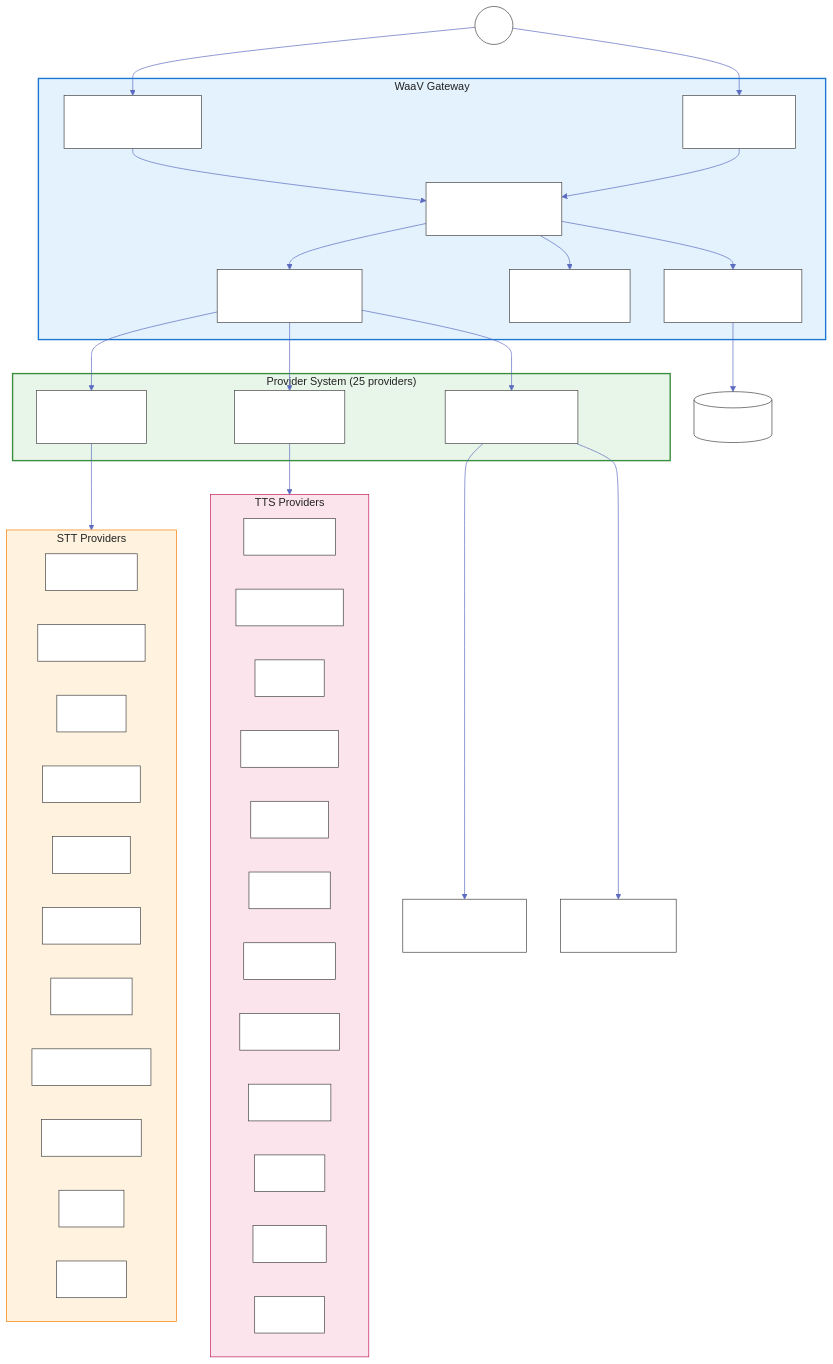
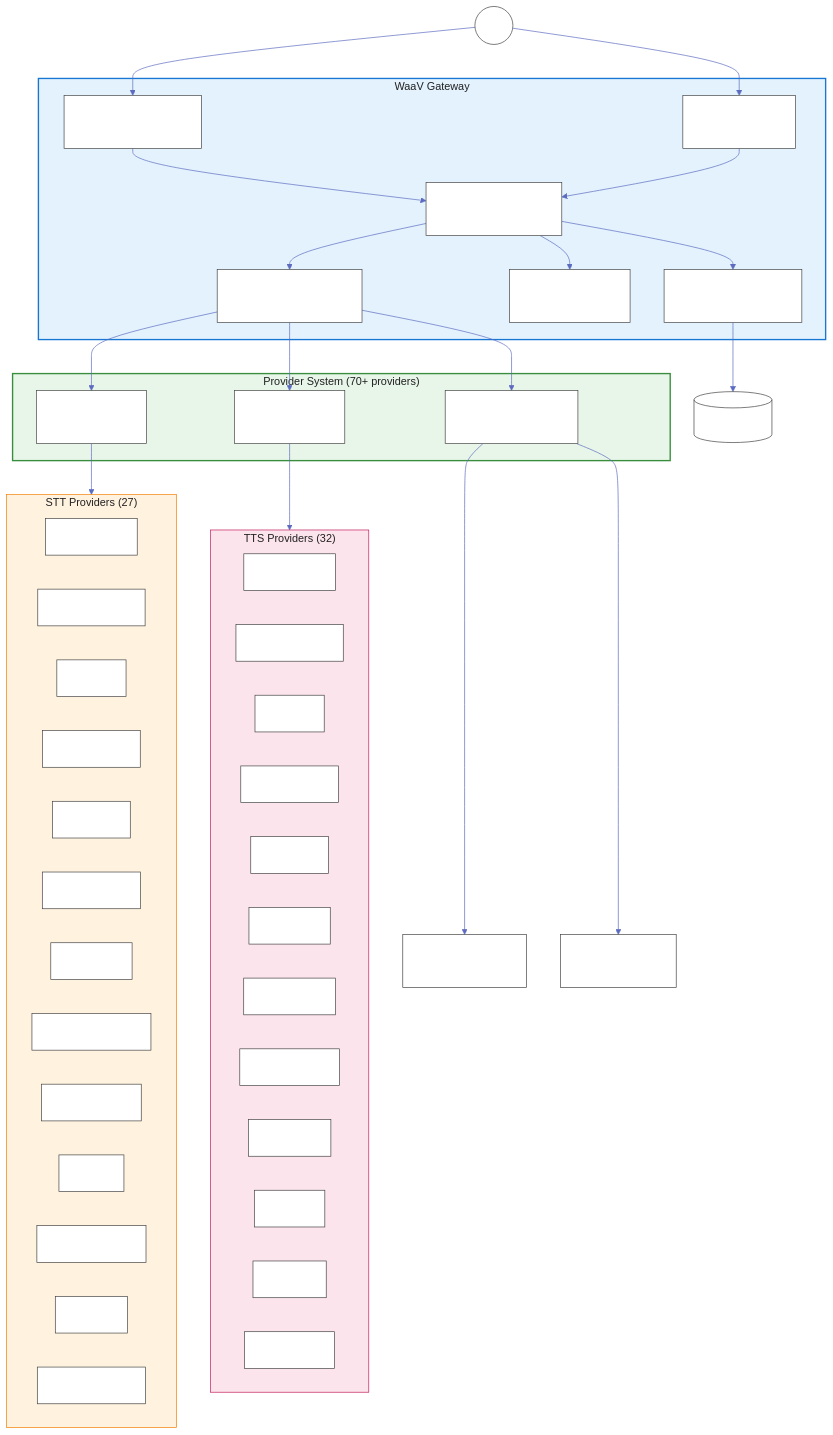
The second of 5 diagrams in gateway/README.md (BudEcosystem/WaaV), drawn with Mermaid before and after one commit. The commit also changed other lines of this file and 2 other files, not shown here.

First line of the commit message:
docs: Add comprehensive supported providers documentation (70+ providers)

````diff
--- a/gateway/README.md
+++ b/gateway/README.md
@@ -266,68 +268,70 @@
 ```mermaid
 %%{init: {'theme': 'base', 'themeVariables': { 'primaryColor': '#4a90d9', 'primaryTextColor': '#ffffff', 'primaryBorderColor': '#2c5aa0', 'lineColor': '#5c6bc0', 'secondaryColor': '#81c784', 'tertiaryColor': '#fff3e0', 'background': '#fafafa', 'mainBkg': '#ffffff', 'nodeBorder': '#424242', 'clusterBkg': '#f5f5f5', 'clusterBorder': '#bdbdbd', 'titleColor': '#212121'}}}%%
 graph TB
     subgraph Gateway["WaaV Gateway"]
         WS["WebSocket Handler<br/>/ws endpoint"]
         REST["REST API<br/>/speak, /voices"]
         REG["Plugin Registry<br/>O(1) Provider Lookup"]
         VM["VoiceManager<br/>Central Coordinator"]
         NF["DeepFilterNet<br/>Noise Reduction"]
         LK["LiveKit Integration<br/>WebRTC Streaming"]
     end
 
-    subgraph Providers["Provider System (25 providers)"]
-        STT["STT Providers<br/>(11)"]
-        TTS["TTS Providers<br/>(12)"]
+    subgraph Providers["Provider System (70+ providers)"]
+        STT["STT Providers<br/>(27)"]
+        TTS["TTS Providers<br/>(32)"]
         RT["Realtime Providers<br/>(2)"]
     end
 
-    subgraph STTList["STT Providers"]
+    subgraph STTList["STT Providers (27)"]
         DG_S["Deepgram"]
         GC_S["Google Cloud"]
         AZ_S["Azure"]
         EL_S["ElevenLabs"]
         OA_S["OpenAI"]
         AA_S["AssemblyAI"]
         CA_S["Cartesia"]
         AWS_S["AWS Transcribe"]
         IBM_S["IBM Watson"]
         GQ_S["Groq"]
-        GN_S["Gnani"]
+        SM_S["Speechmatics"]
+        GL_S["Gladia"]
+        MORE_S["+ 15 Regional"]
     end
 
-    subgraph TTSList["TTS Providers"]
+    subgraph TTSList["TTS Providers (32)"]
         DG_T["Deepgram"]
         GC_T["Google Cloud"]
         AZ_T["Azure"]
         EL_T["ElevenLabs"]
         OA_T["OpenAI"]
         CA_T["Cartesia"]
         AWS_T["AWS Polly"]
         IBM_T["IBM Watson"]
         HU_T["Hume AI"]
         LM_T["LMNT"]
         PH_T["Play.ht"]
-        GN_T["Gnani"]
+        MORE_T["+ 21 More"]
     end
 
     Client((Client)) --> WS
     Client --> REST
     WS --> VM
     REST --> VM
     VM --> REG
     REG --> STT
     REG --> TTS
     REG --> RT
     VM --> NF
     VM --> LK
     STT --> STTList
     TTS --> TTSList
     RT --> OA_RT["OpenAI Realtime<br/>GPT-4o"]
     RT --> HU_RT["Hume EVI<br/>Empathic Voice"]
     LK --> LiveKit[(LiveKit Server)]
 
     style Gateway fill:#e3f2fd,stroke:#1976d2,stroke-width:2px
     style Providers fill:#e8f5e9,stroke:#388e3c,stroke-width:2px
     style STTList fill:#fff3e0,stroke:#f57c00,stroke-width:1px
     style TTSList fill:#fce4ec,stroke:#c2185b,stroke-width:1px
 ```
````
